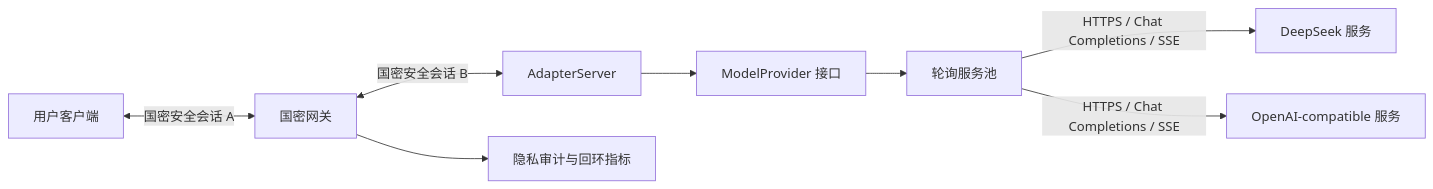
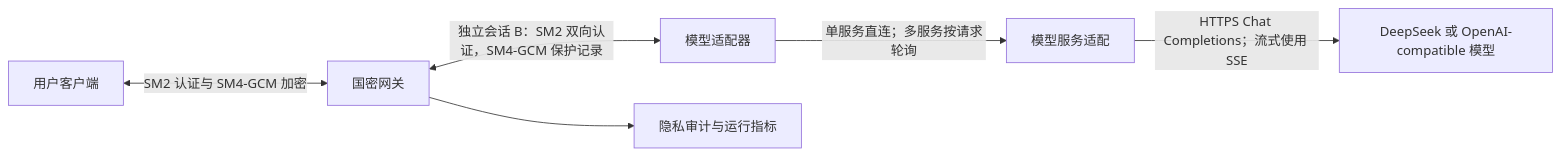
Before and after one commit to bljfy/gateway: the first of 3 diagrams in README.md, drawn with Mermaid. The commit also changed other lines of this file and 1 other file, not shown here.

````diff
--- a/README.md
+++ b/README.md
@@ -5,10 +5,8 @@
 ```mermaid
 flowchart LR
-    U[用户客户端] <-->|国密安全会话 A| G[国密网关]
-    G <-->|国密安全会话 B| A[AdapterServer]
-    A --> P[ModelProvider 接口]
-    P --> D[轮询服务池]
-    D -->|HTTPS / Chat Completions / SSE| M1[DeepSeek 服务]
-    D -->|HTTPS / Chat Completions / SSE| M2[OpenAI-compatible 服务]
-    G --> L[隐私审计与回环指标]
+    U[用户客户端] <-->|SM2 认证与 SM4-GCM 加密| G[国密网关]
+    G <-->|独立会话 B：SM2 双向认证，SM4-GCM 保护记录| A[模型适配器]
+    A -->|单服务直连；多服务按请求轮询| P[模型服务适配]
+    P -->|HTTPS Chat Completions；流式使用 SSE| M[DeepSeek 或 OpenAI-compatible 模型]
+    G --> L[隐私审计与运行指标]
 ```
````
